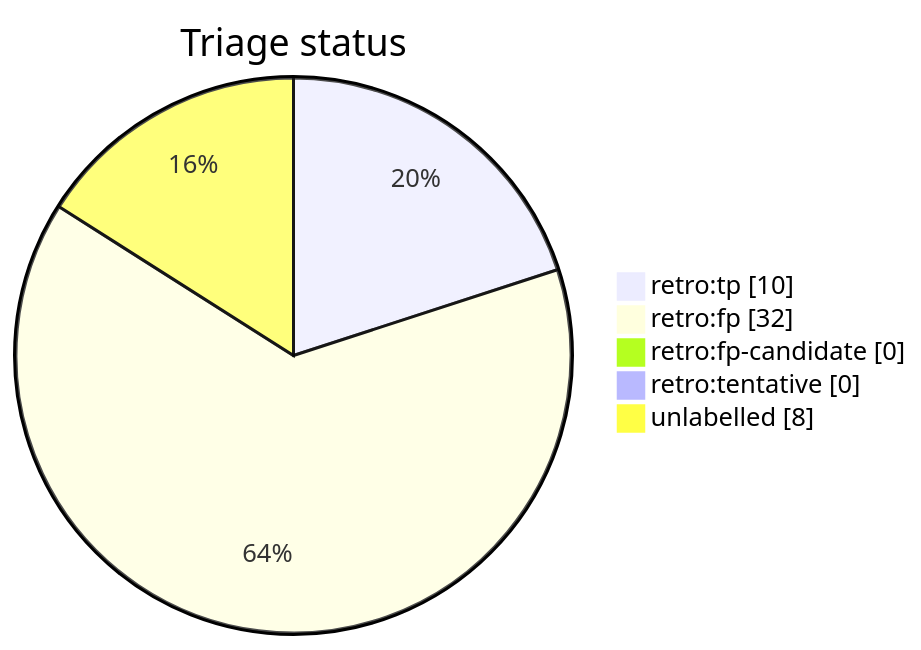
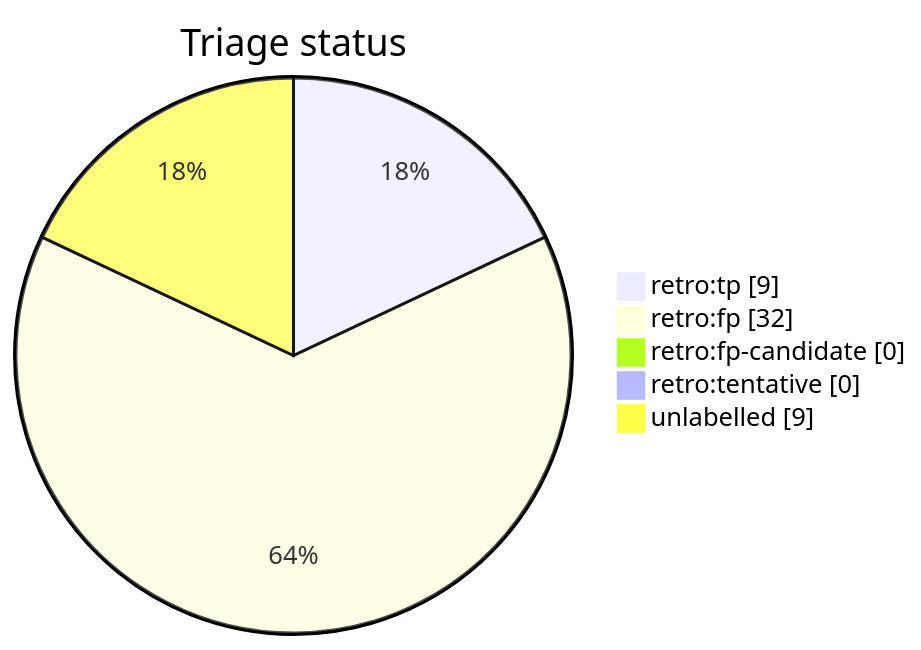
The diagram in docs/generated/scripts/auto-retro-triage-report.md (tvna/claude-md), drawn with Mermaid before and after one commit. The commit also changed other lines of this file, not shown here.

First line of the commit message:
chore(auto-retro): refresh triage report

````diff
--- a/docs/generated/scripts/auto-retro-triage-report.md
+++ b/docs/generated/scripts/auto-retro-triage-report.md
@@ -15,9 +15,9 @@
 ```mermaid
 pie showData
     title Triage status
-    "retro:tp" : 10
+    "retro:tp" : 9
     "retro:fp" : 32
     "retro:fp-candidate" : 0
     "retro:tentative" : 0
-    "unlabelled" : 8
+    "unlabelled" : 9
 ```
````
